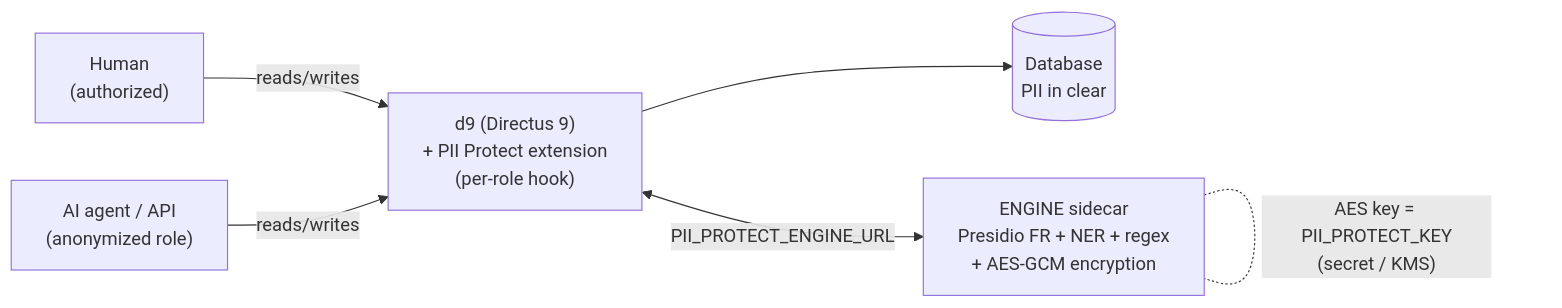
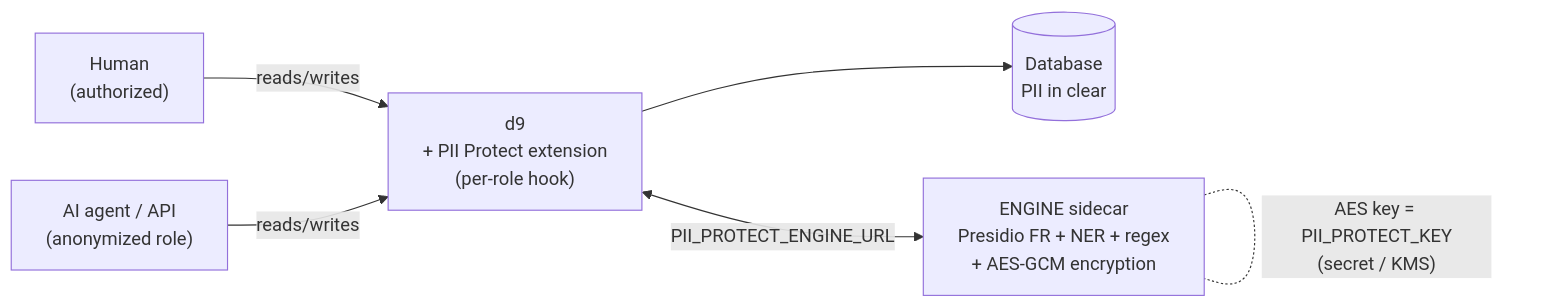
The diagram in ARCHITECTURE.md (Grouzoul/d9-pii-protect), drawn with Mermaid before and after one commit. The commit also changed other lines of this file and 3 other files, not shown here.

````diff
--- a/ARCHITECTURE.md
+++ b/ARCHITECTURE.md
@@ -26,14 +26,14 @@
 ```mermaid
 flowchart LR
     agent["AI agent / API<br/>(anonymized role)"]
     human["Human<br/>(authorized)"]
-    d9["d9 (Directus 9)<br/>+ PII Protect extension<br/>(per-role hook)"]
+    d9["d9<br/>+ PII Protect extension<br/>(per-role hook)"]
     db[("Database<br/>PII in clear")]
     engine["ENGINE sidecar<br/>Presidio FR + NER + regex<br/>+ AES-GCM encryption"]
 
     human -->|reads/writes| d9
     agent -->|reads/writes| d9
     d9 <-->|PII_PROTECT_ENGINE_URL| engine
     d9 --> db
     engine -. "AES key = PII_PROTECT_KEY<br/>(secret / KMS)" .- engine
 ```
````
